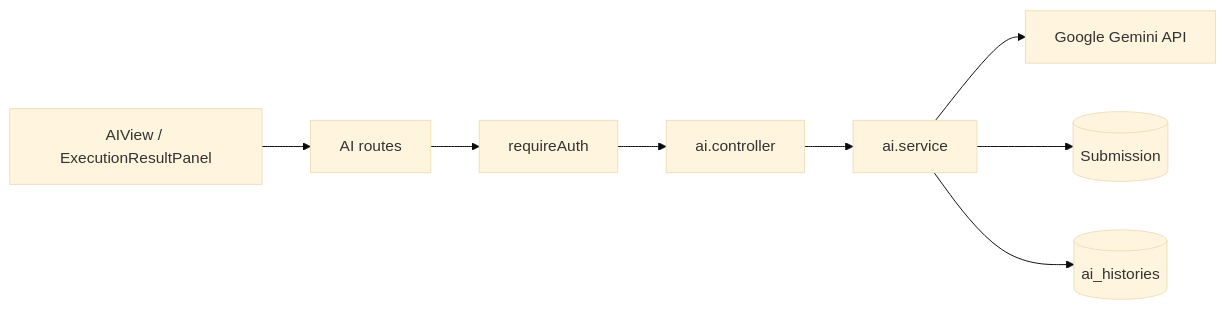
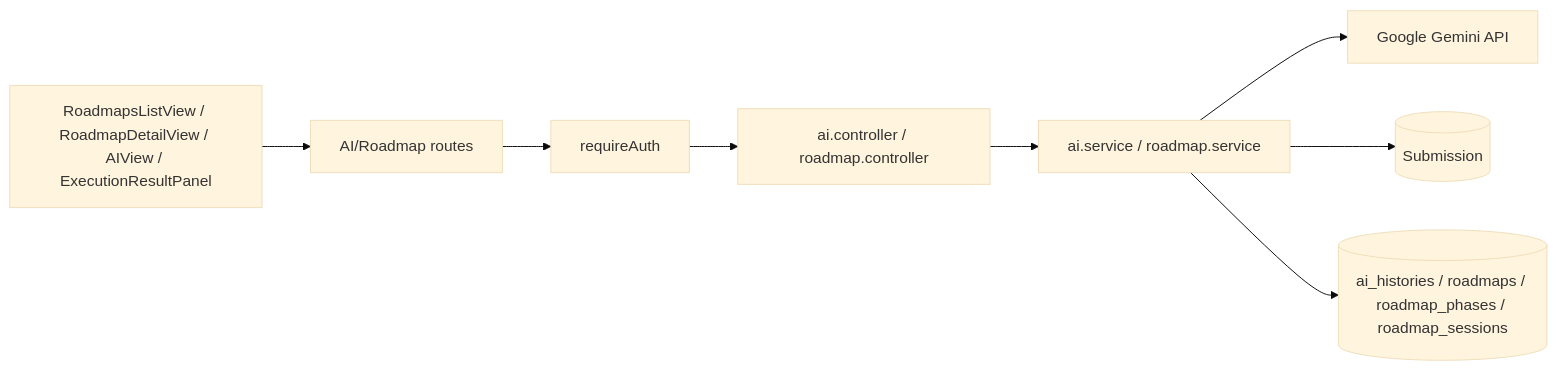
Before and after one commit to JamesHarrision/fessior-oj-backend: diagram 12 of 14 in docs/feature-flows.md, drawn with Mermaid (base theme). The commit also changed other lines of this file and 3 other files, not shown here.

````diff
--- a/docs/feature-flows.md
+++ b/docs/feature-flows.md
@@ -374,10 +374,10 @@
 ```mermaid
 flowchart LR
-  FE[AIView / ExecutionResultPanel] --> API[AI routes]
+  FE[RoadmapsListView / RoadmapDetailView / AIView / ExecutionResultPanel] --> API[AI/Roadmap routes]
   API --> Auth[requireAuth]
-  Auth --> Controller[ai.controller]
-  Controller --> Service[ai.service]
+  Auth --> Controller[ai.controller / roadmap.controller]
+  Controller --> Service[ai.service / roadmap.service]
   Service --> Gemini[Google Gemini API]
   Service --> Mongo[(Submission)]
-  Service --> MySQL[(ai_histories)]
+  Service --> MySQL[(ai_histories / roadmaps / roadmap_phases / roadmap_sessions)]
 ```
````
